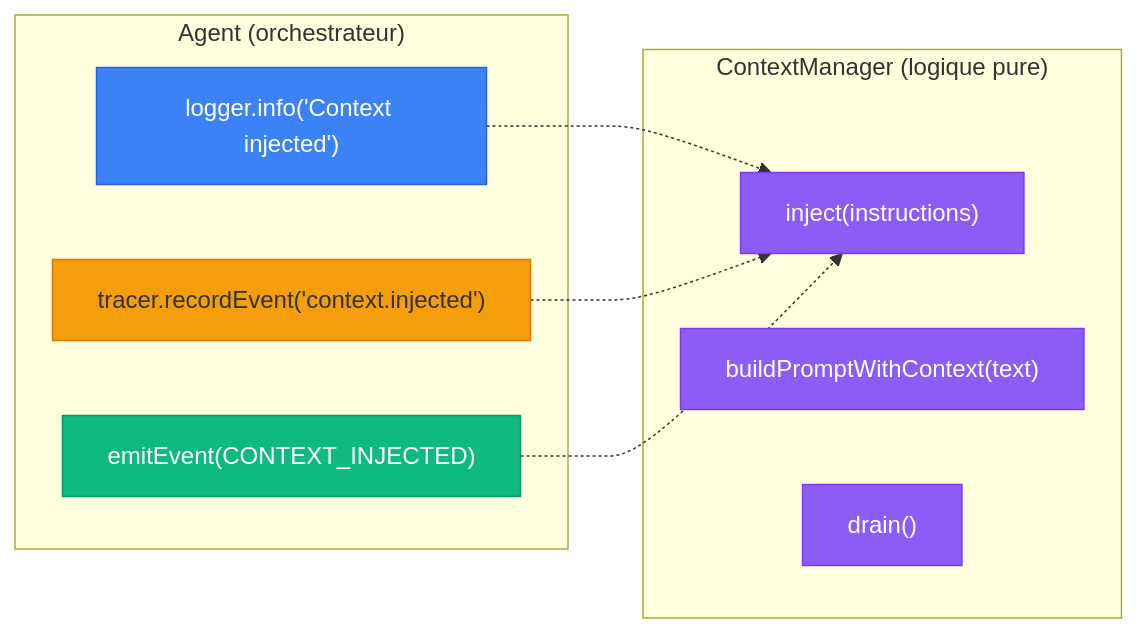
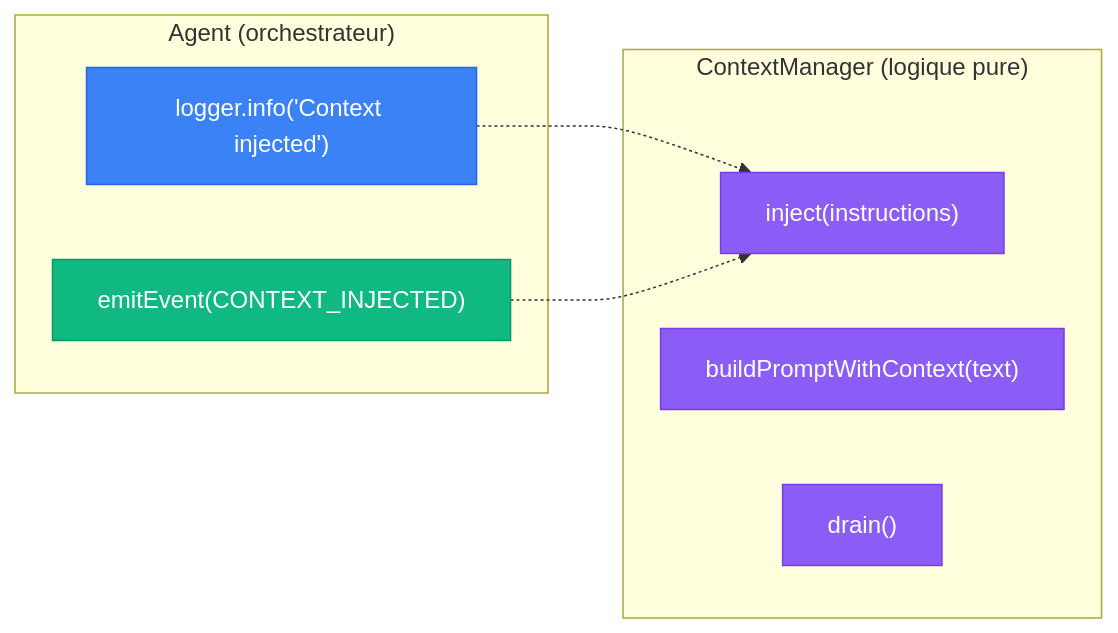
Before and after one commit to atinseau/stark: the sixth of 6 diagrams in docs/components/context-manager.md, drawn with Mermaid. The commit also changed other lines of this file and 13 other files, not shown here.

````diff
--- a/docs/components/context-manager.md
+++ b/docs/components/context-manager.md
@@ -367,25 +366,22 @@
 ```mermaid
 flowchart LR
     subgraph "Agent (orchestrateur)"
         LOG["logger.info('Context injected')"]
-        TRACE["tracer.recordEvent('context.injected')"]
         EMIT["emitEvent(CONTEXT_INJECTED)"]
     end
 
     subgraph "ContextManager (logique pure)"
         INJ["inject(instructions)"]
         BUILD["buildPromptWithContext(text)"]
         DR["drain()"]
     end
 
     LOG -.-> INJ
-    TRACE -.-> INJ
     EMIT -.-> INJ
 
     style LOG fill:#3b82f6,stroke:#2563eb,color:#fff
-    style TRACE fill:#f59e0b,stroke:#d97706
     style EMIT fill:#10b981,stroke:#059669,color:#fff
     style INJ fill:#8b5cf6,stroke:#7c3aed,color:#fff
     style BUILD fill:#8b5cf6,stroke:#7c3aed,color:#fff
     style DR fill:#8b5cf6,stroke:#7c3aed,color:#fff
 ```
````
